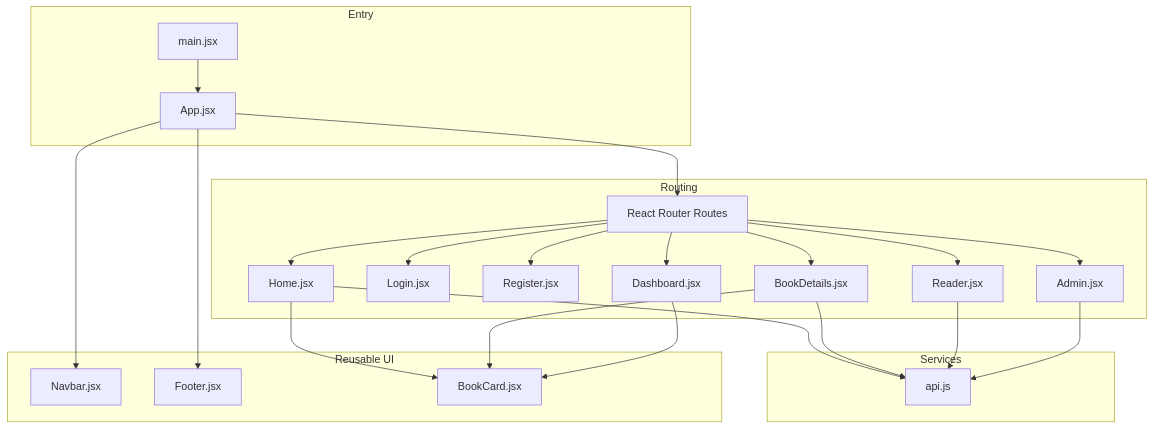
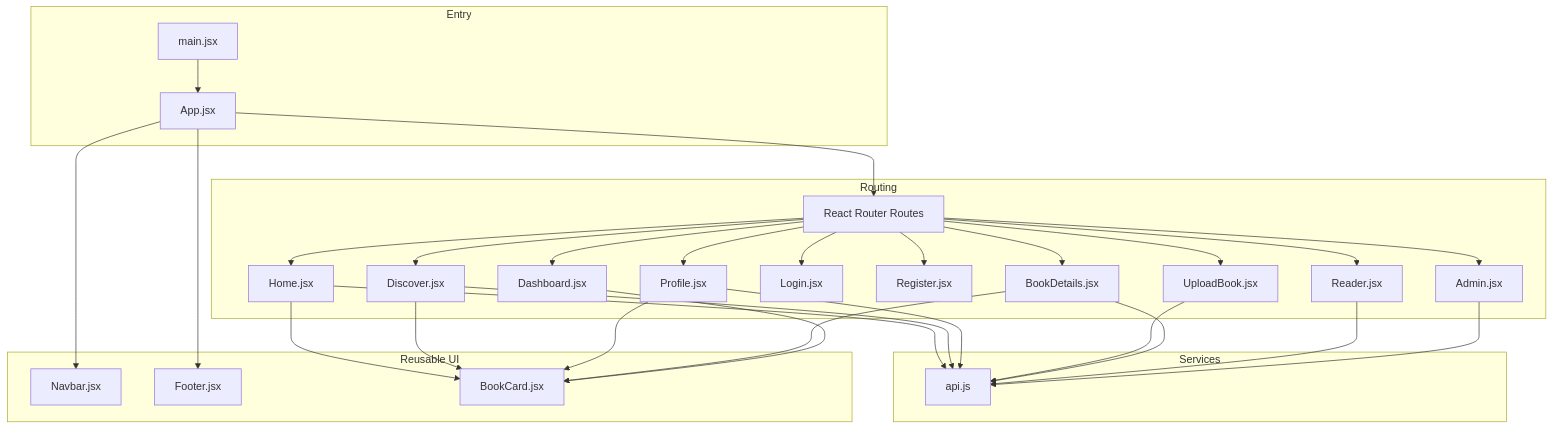
Before and after one commit to ganesh-NB/readsphere: the first of 9 diagrams in .qoder/repowiki/en/content/Frontend Component Architecture/Frontend Component Architecture.md, drawn with Mermaid. The commit also changed other lines of this file and 46 other files, not shown here.

````diff
--- a/.qoder/repowiki/en/content/Frontend Component Architecture/Frontend Component Architecture.md
+++ b/.qoder/repowiki/en/content/Frontend Component Architecture/Frontend Component Architecture.md
@@ -45,43 +58,54 @@
 ```mermaid
 graph TB
 subgraph "Entry"
 MAIN["main.jsx"]
 APP["App.jsx"]
 end
 subgraph "Routing"
 ROUTES["React Router Routes"]
 HOME["Home.jsx"]
+DISCOVER["Discover.jsx"]
+PROFILE["Profile.jsx"]
+UPLOAD["UploadBook.jsx"]
 LOGIN["Login.jsx"]
 REGISTER["Register.jsx"]
 DASHBOARD["Dashboard.jsx"]
 BOOKDETAILS["BookDetails.jsx"]
 READER["Reader.jsx"]
 ADMIN["Admin.jsx"]
 end
 subgraph "Reusable UI"
 NAVBAR["Navbar.jsx"]
 FOOTER["Footer.jsx"]
 BOOCCARD["BookCard.jsx"]
 end
 subgraph "Services"
 API["api.js"]
 end
 MAIN --> APP
 APP --> ROUTES
 ROUTES --> HOME
+ROUTES --> DISCOVER
+ROUTES --> PROFILE
+ROUTES --> UPLOAD
 ROUTES --> LOGIN
 ROUTES --> REGISTER
 ROUTES --> DASHBOARD
 ROUTES --> BOOKDETAILS
 ROUTES --> READER
 ROUTES --> ADMIN
 HOME --> BOOCCARD
+DISCOVER --> BOOCCARD
+PROFILE --> BOOCCARD
 BOOKDETAILS --> BOOCCARD
 DASHBOARD --> BOOCCARD
 HOME --> API
+DISCOVER --> API
+PROFILE --> API
+UPLOAD --> API
 BOOKDETAILS --> API
 READER --> API
 ADMIN --> API
 APP --> NAVBAR
 APP --> FOOTER
 ```
````
